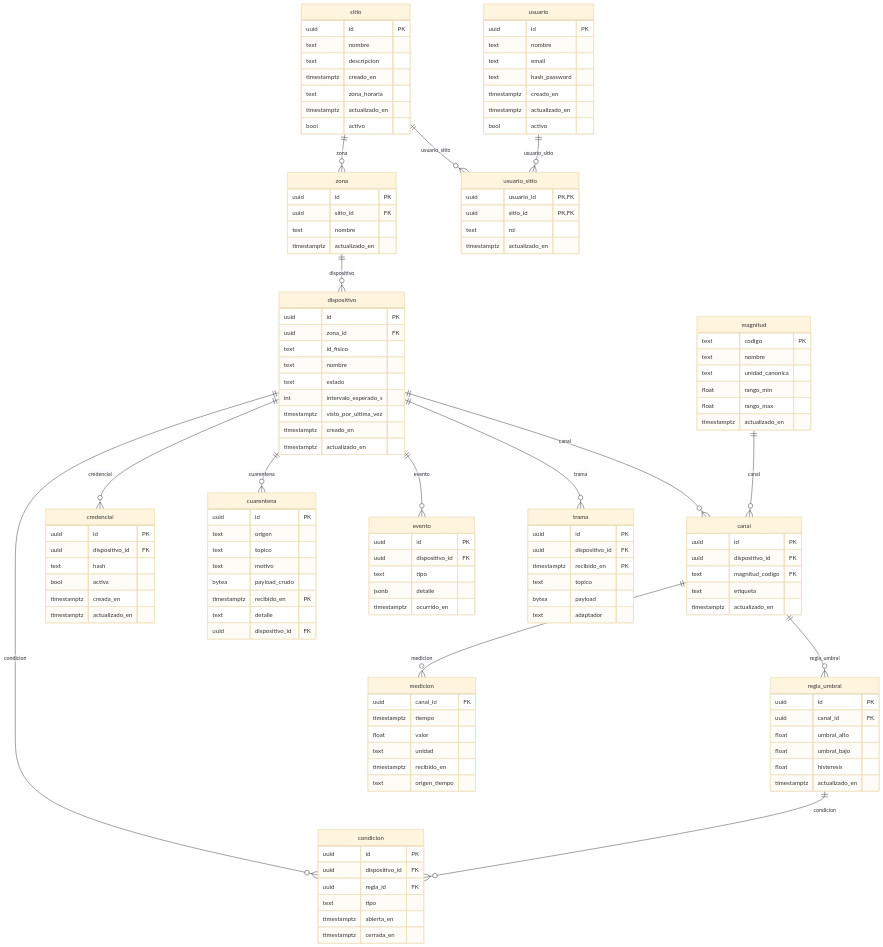
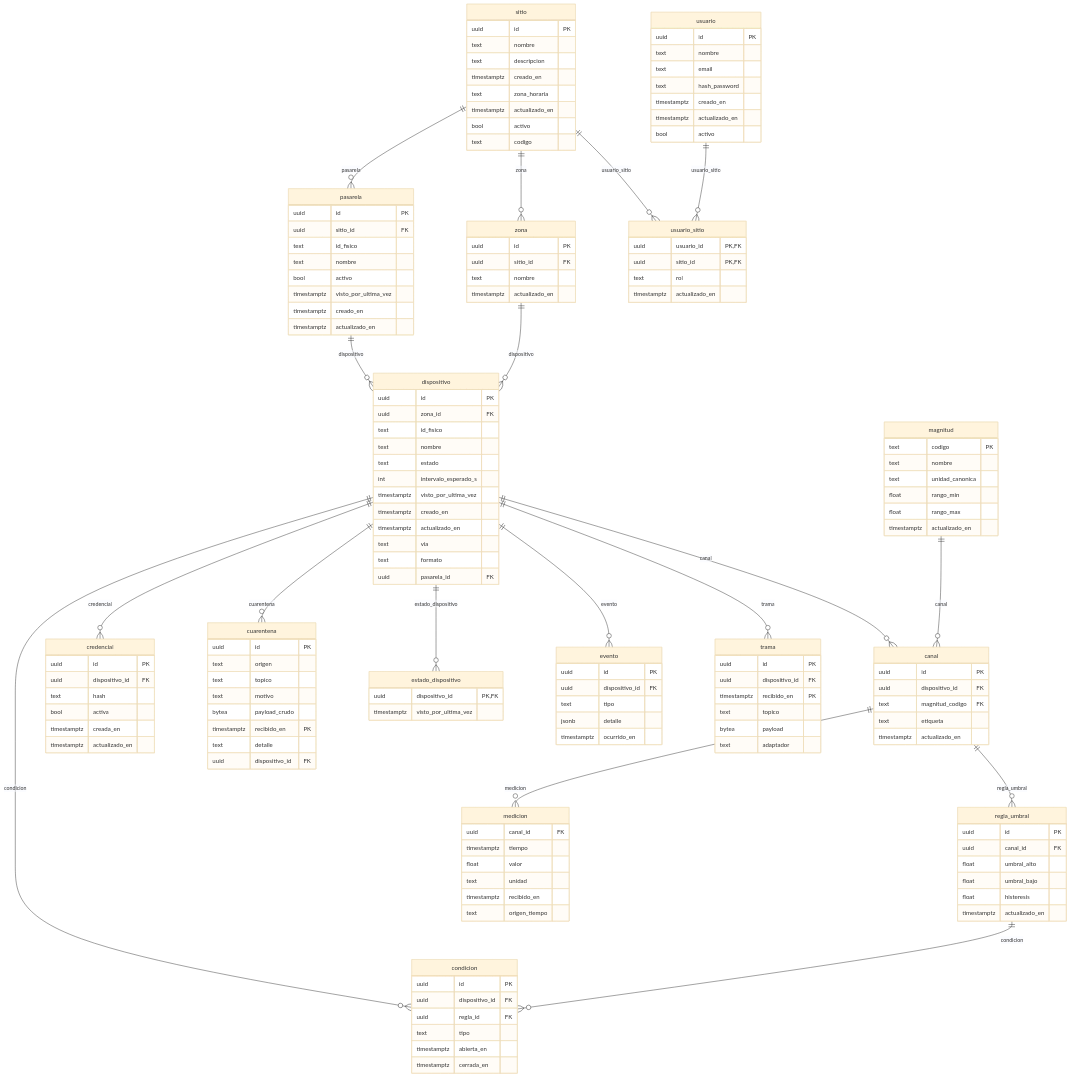
Before and after one commit to vicenterami/tesis: the diagram in informe-oficial/figuras/mermaid/modelo-datos.mmd, drawn with Mermaid (base theme). The commit also changed 23 other files, not shown here.

First line of the commit message:
Agrega la migración 11: vía, pasarela, estado del dispositivo y código del sitio

```diff
--- a/informe-oficial/figuras/mermaid/modelo-datos.mmd
+++ b/informe-oficial/figuras/mermaid/modelo-datos.mmd
@@ -1,128 +1,149 @@
 erDiagram
     dispositivo ||--o{ canal : canal
     magnitud ||--o{ canal : canal
     dispositivo ||--o{ condicion : condicion
     regla_umbral ||--o{ condicion : condicion
     dispositivo ||--o{ credencial : credencial
     dispositivo ||--o{ cuarentena : cuarentena
+    pasarela ||--o{ dispositivo : dispositivo
     zona ||--o{ dispositivo : dispositivo
+    dispositivo ||--o{ estado_dispositivo : estado_dispositivo
     dispositivo ||--o{ evento : evento
     canal ||--o{ medicion : medicion
+    sitio ||--o{ pasarela : pasarela
     canal ||--o{ regla_umbral : regla_umbral
     dispositivo ||--o{ trama : trama
     sitio ||--o{ usuario_sitio : usuario_sitio
     usuario ||--o{ usuario_sitio : usuario_sitio
     sitio ||--o{ zona : zona
     canal {
         uuid id PK
         uuid dispositivo_id FK
         text magnitud_codigo FK
         text etiqueta
         timestamptz actualizado_en
     }
     condicion {
         uuid id PK
         uuid dispositivo_id FK
         uuid regla_id FK
         text tipo
         timestamptz abierta_en
         timestamptz cerrada_en
     }
     credencial {
         uuid id PK
         uuid dispositivo_id FK
         text hash
         bool activa
         timestamptz creada_en
         timestamptz actualizado_en
     }
     cuarentena {
         uuid id PK
         text origen
         text topico
         text motivo
         bytea payload_crudo
         timestamptz recibido_en PK
         text detalle
         uuid dispositivo_id FK
     }
     dispositivo {
         uuid id PK
         uuid zona_id FK
         text id_fisico
         text nombre
         text estado
         int intervalo_esperado_s
         timestamptz visto_por_ultima_vez
         timestamptz creado_en
         timestamptz actualizado_en
+        text via
+        text formato
+        uuid pasarela_id FK
+    }
+    estado_dispositivo {
+        uuid dispositivo_id PK,FK
+        timestamptz visto_por_ultima_vez
     }
     evento {
         uuid id PK
         uuid dispositivo_id FK
         text tipo
         jsonb detalle
         timestamptz ocurrido_en
     }
     magnitud {
         text codigo PK
         text nombre
         text unidad_canonica
         float rango_min
         float rango_max
         timestamptz actualizado_en
     }
     medicion {
         uuid canal_id FK
         timestamptz tiempo
         float valor
         text unidad
         timestamptz recibido_en
         text origen_tiempo
     }
+    pasarela {
+        uuid id PK
+        uuid sitio_id FK
+        text id_fisico
+        text nombre
+        bool activo
+        timestamptz visto_por_ultima_vez
+        timestamptz creado_en
+        timestamptz actualizado_en
+    }
     regla_umbral {
         uuid id PK
         uuid canal_id FK
         float umbral_alto
         float umbral_bajo
         float histeresis
         timestamptz actualizado_en
     }
     sitio {
         uuid id PK
         text nombre
         text descripcion
         timestamptz creado_en
         text zona_horaria
         timestamptz actualizado_en
         bool activo
+        text codigo
     }
     trama {
         uuid id PK
         uuid dispositivo_id FK
         timestamptz recibido_en PK
         text topico
         bytea payload
         text adaptador
     }
     usuario {
         uuid id PK
         text nombre
         text email
         text hash_password
         timestamptz creado_en
         timestamptz actualizado_en
         bool activo
     }
     usuario_sitio {
         uuid usuario_id PK,FK
         uuid sitio_id PK,FK
         text rol
         timestamptz actualizado_en
     }
     zona {
         uuid id PK
         uuid sitio_id FK
         text nombre
         timestamptz actualizado_en
     }
```
